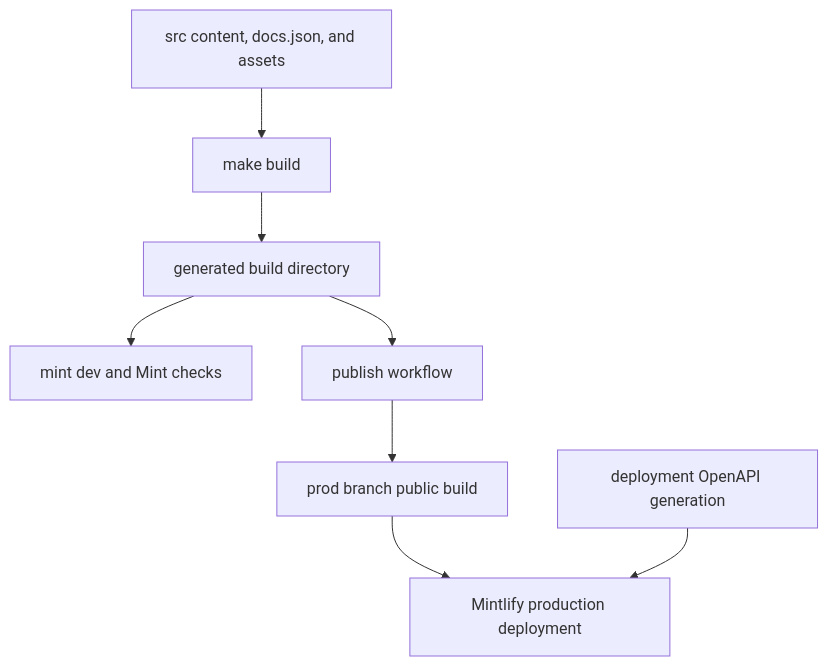
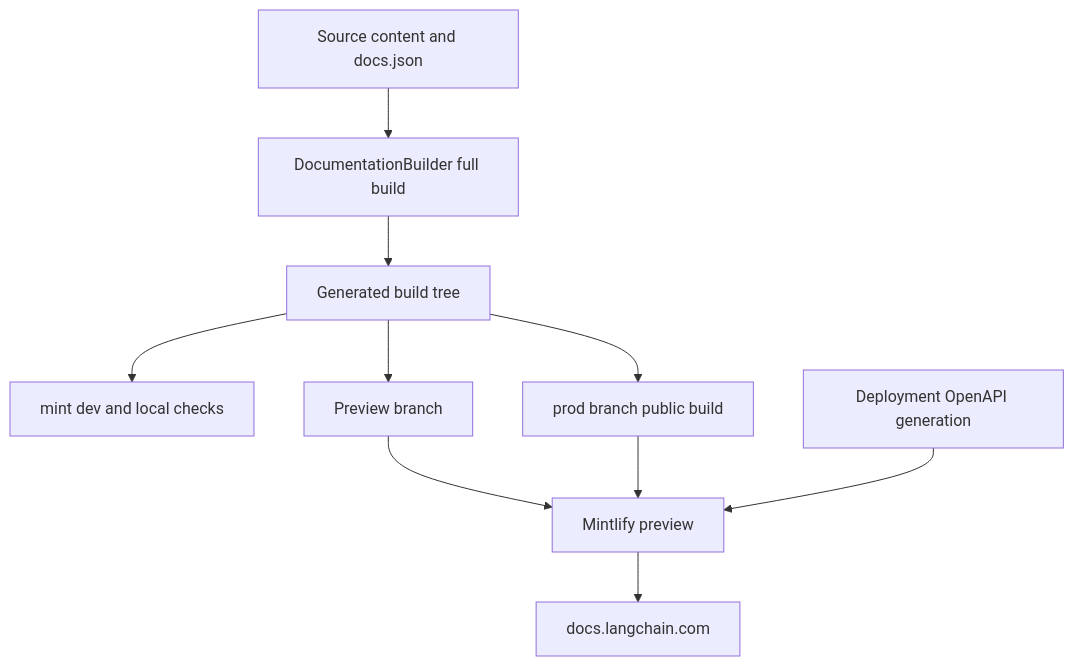
One commit to langchain-ai/docs changed the diagram in openwiki/integrations/mintlify.md. Above: the diagram before and after it, drawn with Mermaid. The commit also changed other lines of this file and 25 other files, not shown here.

````diff
--- a/openwiki/integrations/mintlify.md
+++ b/openwiki/integrations/mintlify.md
@@ -39,10 +41,12 @@
 ```mermaid
 flowchart TD
-    Source["src content, docs.json, and assets"] --> Builder["make build"]
-    Builder --> Tree["generated build directory"]
-    Tree --> Local["mint dev and Mint checks"]
-    Tree --> Publish["publish workflow"]
-    Publish --> Prod["prod branch public build"]
-    Prod --> Hosted["Mintlify production deployment"]
-    Spec["deployment OpenAPI generation"] --> Hosted
+    Src["Source content and docs.json"] --> Build["DocumentationBuilder full build"]
+    Build --> Tree["Generated build tree"]
+    Tree --> Local["mint dev and local checks"]
+    Tree --> Preview["Preview branch"]
+    Tree --> Prod["prod branch public build"]
+    Preview --> Mint["Mintlify preview"]
+    Prod --> Mint
+    Spec["Deployment OpenAPI generation"] --> Mint
+    Mint --> Site["docs.langchain.com"]
 ```
````
